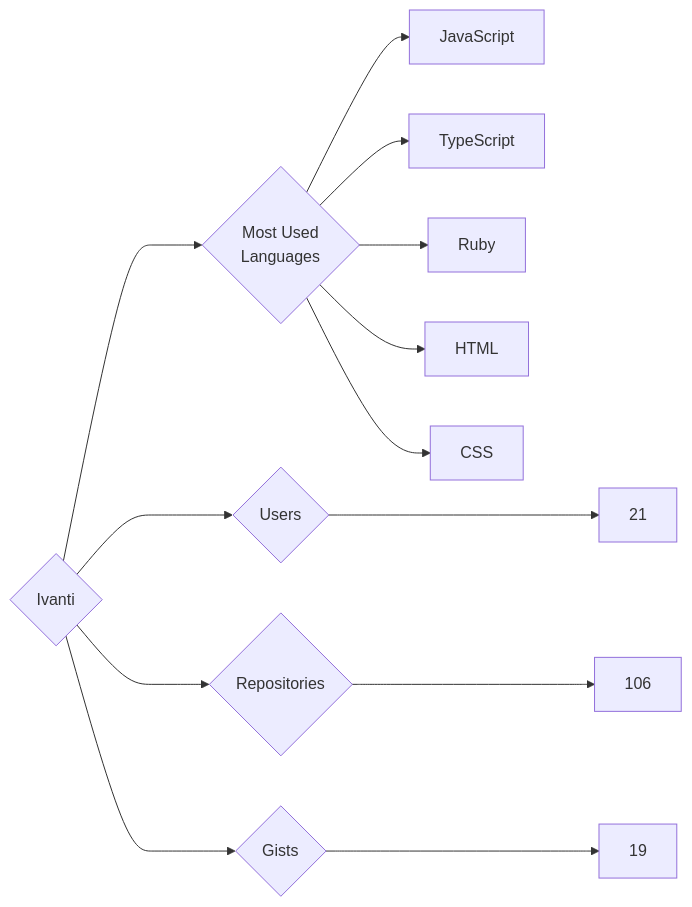
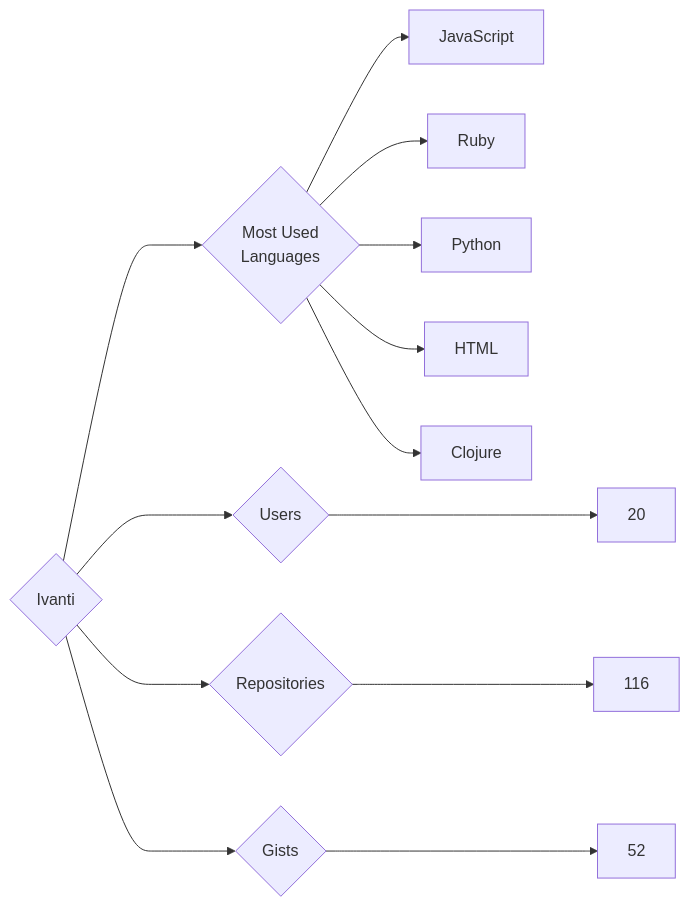
Before and after one commit to trickest/insiders: the diagram in targets/Ivanti/README.md, drawn with Mermaid. The commit also changed 699 other files, not shown here.

````diff
--- a/targets/Ivanti/README.md
+++ b/targets/Ivanti/README.md
@@ -3,13 +3,13 @@
 ```mermaid
 graph LR
 COMPANY_NAME{Ivanti}
-COMPANY_NAME ---> U{Users} ---> UN[21]
-COMPANY_NAME ---> R{Repositories} ---> RN[106]
-COMPANY_NAME ---> G{Gists} ---> GN[19]
+COMPANY_NAME ---> U{Users} ---> UN[20]
+COMPANY_NAME ---> R{Repositories} ---> RN[116]
+COMPANY_NAME ---> G{Gists} ---> GN[52]
 COMPANY_NAME ---> ML{Most Used<br>Languages}
 ML --> JavaScript[JavaScript]
-ML --> TypeScript[TypeScript]
 ML --> Ruby[Ruby]
+ML --> Python[Python]
 ML --> HTML[HTML]
-ML --> CSS[CSS]
+ML --> Clojure[Clojure]
 ```
````
